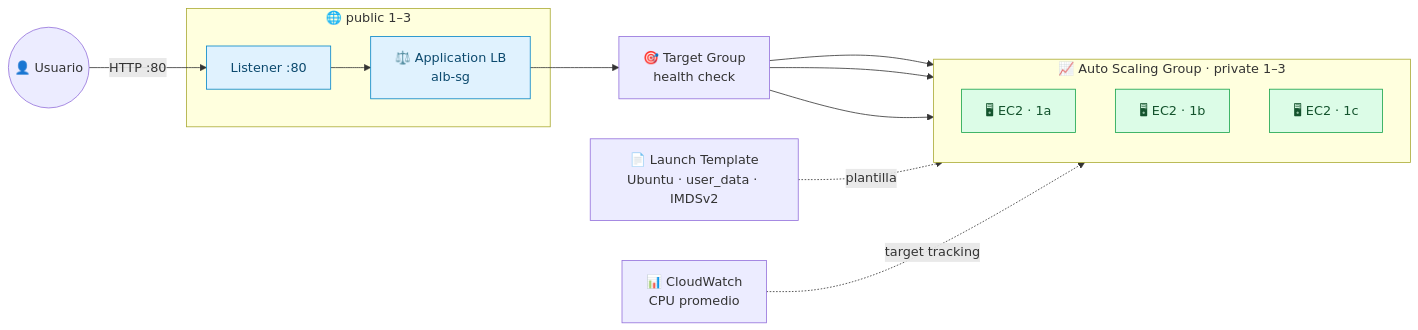
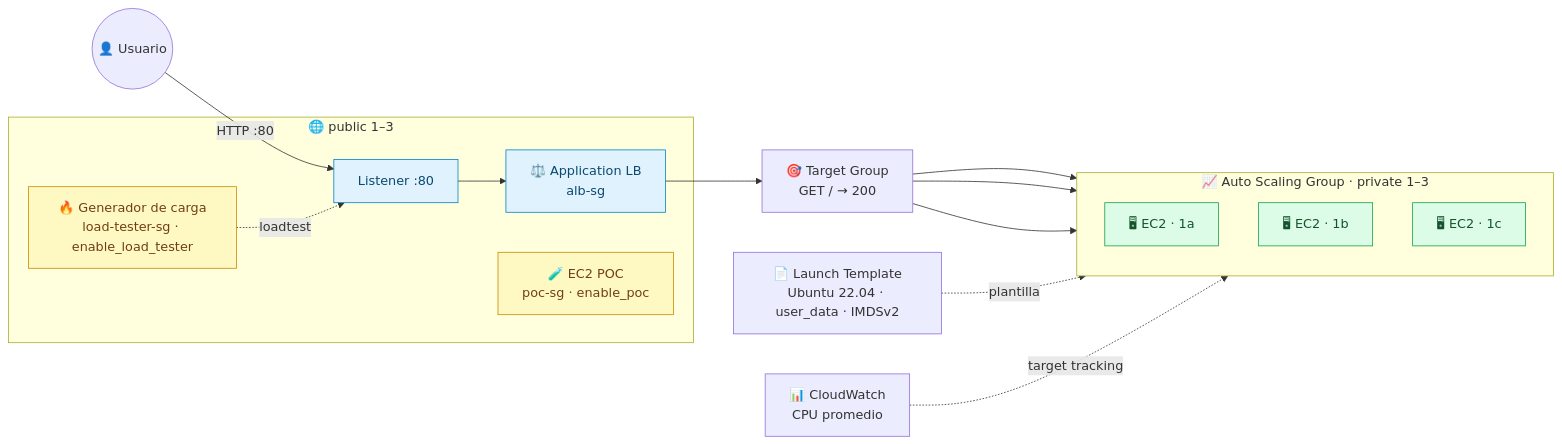
One commit to sVILLX/xyz_university changed the first of 2 diagrams in terraform/compute/README.md. Above: the diagram before and after it, drawn with Mermaid. The commit also changed other lines of this file, not shown here.

````diff
--- a/terraform/compute/README.md
+++ b/terraform/compute/README.md
@@ -32,26 +33,31 @@
 ```mermaid
 flowchart LR
     U((👤 Usuario)) -- "HTTP :80" --> L
 
     subgraph PUB["🌐 public 1–3"]
         ALB["⚖️ Application LB<br/>alb-sg"]
         L["Listener :80"]
+        POC["🧪 EC2 POC<br/>poc-sg · enable_poc"]
+        LT["🔥 Generador de carga<br/>load-tester-sg · enable_load_tester"]
     end
 
     subgraph ASG["📈 Auto Scaling Group · private 1–3"]
         direction TB
         E1["🖥 EC2 · 1a"]
         E2["🖥 EC2 · 1b"]
         E3["🖥 EC2 · 1c"]
     end
 
-    L --> ALB --> TG["🎯 Target Group<br/>health check"]
+    L --> ALB --> TG["🎯 Target Group<br/>GET / → 200"]
     TG --> E1 & E2 & E3
-    LT["📄 Launch Template<br/>Ubuntu · user_data · IMDSv2"] -. "plantilla" .-> ASG
+    TPL["📄 Launch Template<br/>Ubuntu 22.04 · user_data · IMDSv2"] -. "plantilla" .-> ASG
     CW["📊 CloudWatch<br/>CPU promedio"] -. "target tracking" .-> ASG
+    LT -. "loadtest" .-> L
 
     classDef pub fill:#e0f2fe,stroke:#0284c7,color:#0c4a6e;
     classDef app fill:#dcfce7,stroke:#16a34a,color:#14532d;
+    classDef opt fill:#fef9c3,stroke:#ca8a04,color:#713f12;
     class ALB,L pub;
     class E1,E2,E3 app;
+    class POC,LT opt;
 ```
````
